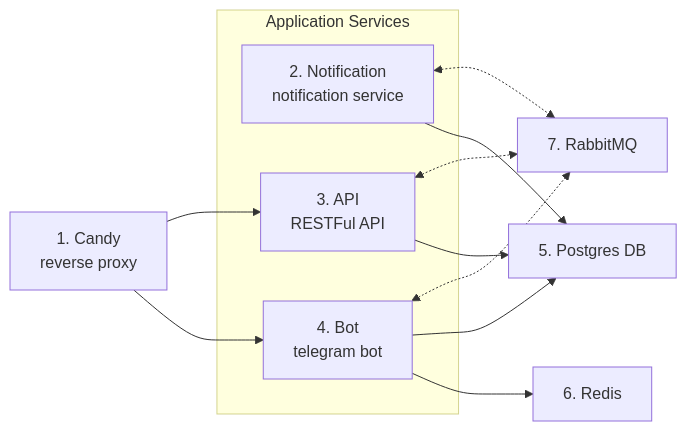
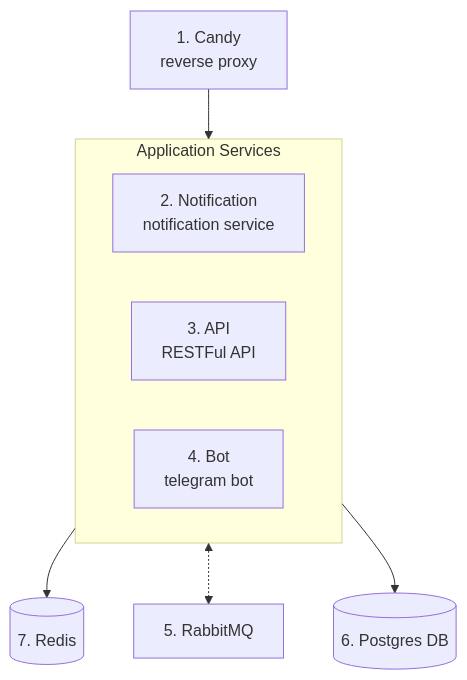
The diagram in README.md (sasha4ka/barber-bot), drawn with Mermaid before and after one commit.

Commit message:
fix mermaid chart

````diff
--- a/README.md
+++ b/README.md
@@ -11,31 +11,24 @@
 ```mermaid
-flowchart LR
+flowchart TD
   Candy["1. Candy<br/>reverse proxy"]
-  PostgresDB["5. Postgres DB"]
-  Redis["6. Redis"]
-  RabbitMQ["7. RabbitMQ"]
 
   subgraph Services["Application Services"]
+    direction LR
     Notification["2. Notification<br/>notification service"]
     API["3. API<br/>RESTFul API"]
     Bot["4. Bot<br/>telegram bot"]
   end
 
-  Candy --> API
-  Candy --> Bot
+  RabbitMQ["5. RabbitMQ"]
+  PostgresDB[("6. Postgres DB")]
+  Redis[("7. Redis")]
+
+  Candy --> Services
+  Services <-.-> RabbitMQ
   
-  API <-.-> RabbitMQ
-  Bot <-.-> RabbitMQ
-  Notification <-.-> RabbitMQ
-  
-  Bot ~~~ RabbitMQ
-  
-  Notification --> PostgresDB
-  API --> PostgresDB
-  Bot --> PostgresDB
-  
+  Services --> PostgresDB
   Bot --> Redis
-  
+
   classDef subgraphClass stroke-opacity:0.5
   class Services subgraphClass
 ```
````
